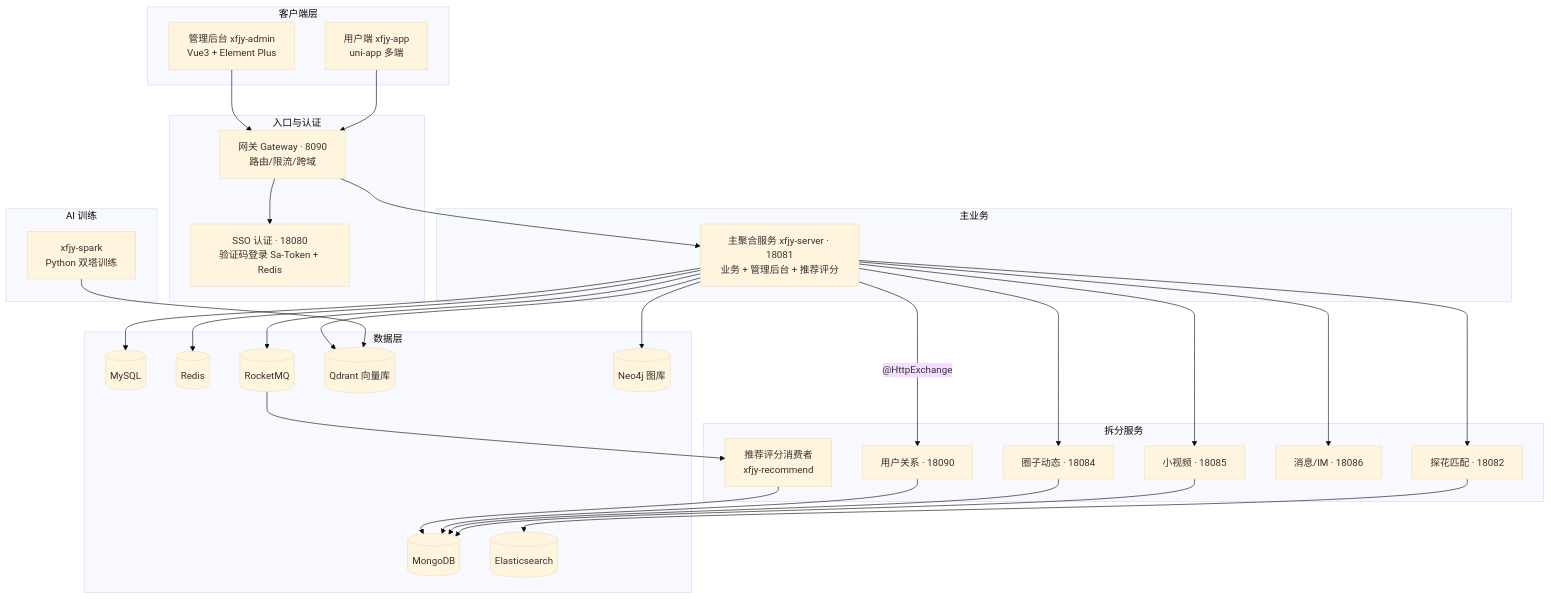
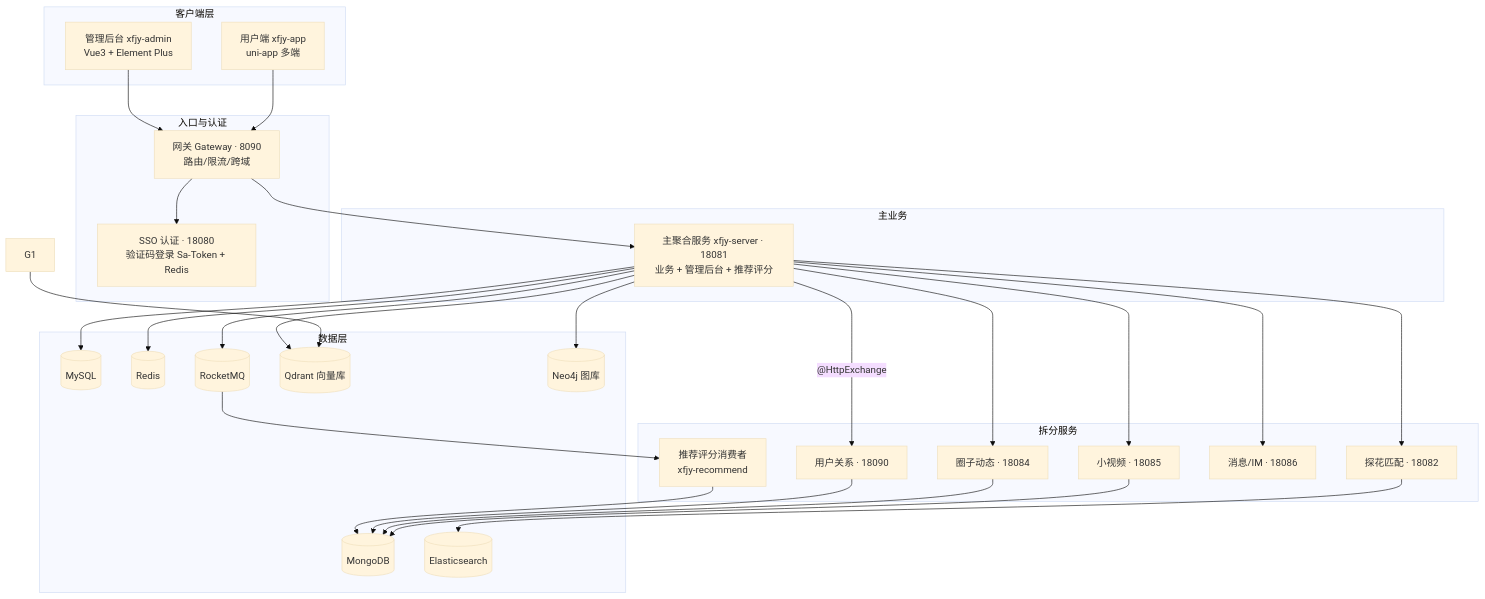
Before and after one commit to itxinfei/tanhua: the diagram in README.md, drawn with Mermaid (base theme). The commit also changed other lines of this file and 11 other files, not shown here.

````diff
--- a/README.md
+++ b/README.md
@@ -101,55 +101,52 @@
 ```mermaid
 flowchart TB
     subgraph 客户端层
         A1[管理后台 xfjy-admin<br/>Vue3 + Element Plus]
         A2[用户端 xfjy-app<br/>uni-app 多端]
     end
     subgraph 入口与认证
         B[网关 Gateway · 8090<br/>路由/限流/跨域]
         C[SSO 认证 · 18080<br/>验证码登录 Sa-Token + Redis]
     end
     subgraph 主业务
         D[主聚合服务 xfjy-server · 18081<br/>业务 + 管理后台 + 推荐评分]
     end
     subgraph 拆分服务
         E1[用户关系 · 18090]
         E2[圈子动态 · 18084]
         E3[小视频 · 18085]
         E4[探花匹配 · 18082]
         E5[消息/IM · 18086]
         E6[推荐评分消费者<br/>xfjy-recommend]
     end
     subgraph 数据层
         F1[(MySQL)]
         F2[(Redis)]
         F3[(MongoDB)]
         F4[(Elasticsearch)]
         F5[(RocketMQ)]
         F7[(Qdrant 向量库)]
         F8[(Neo4j 图库)]
     end
-    subgraph AI 训练
-        G1[xfjy-spark<br/>Python 双塔训练]
-    end
     A1 --> B
     A2 --> B
     B --> C
     B --> D
     D -- @HttpExchange --> E1
     D --> E2
     D --> E3
     D --> E4
     D --> E5
     D --> F7
     D --> F8
     E6 --> F3
     F5 --> E6
     D --> F5
     G1 --> F7
     E1 --> F3
     E2 --> F3
     E3 --> F3
     E4 --> F4
     D --> F1
     D --> F2
 ```
````
